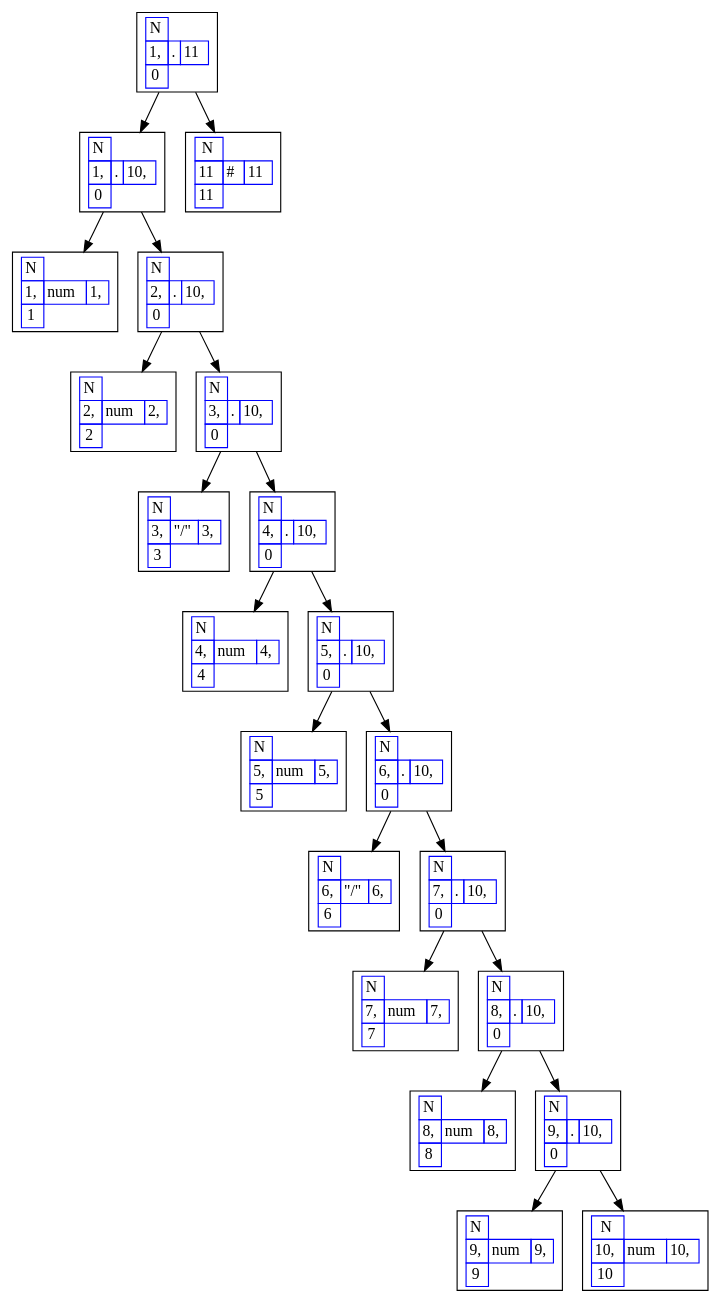
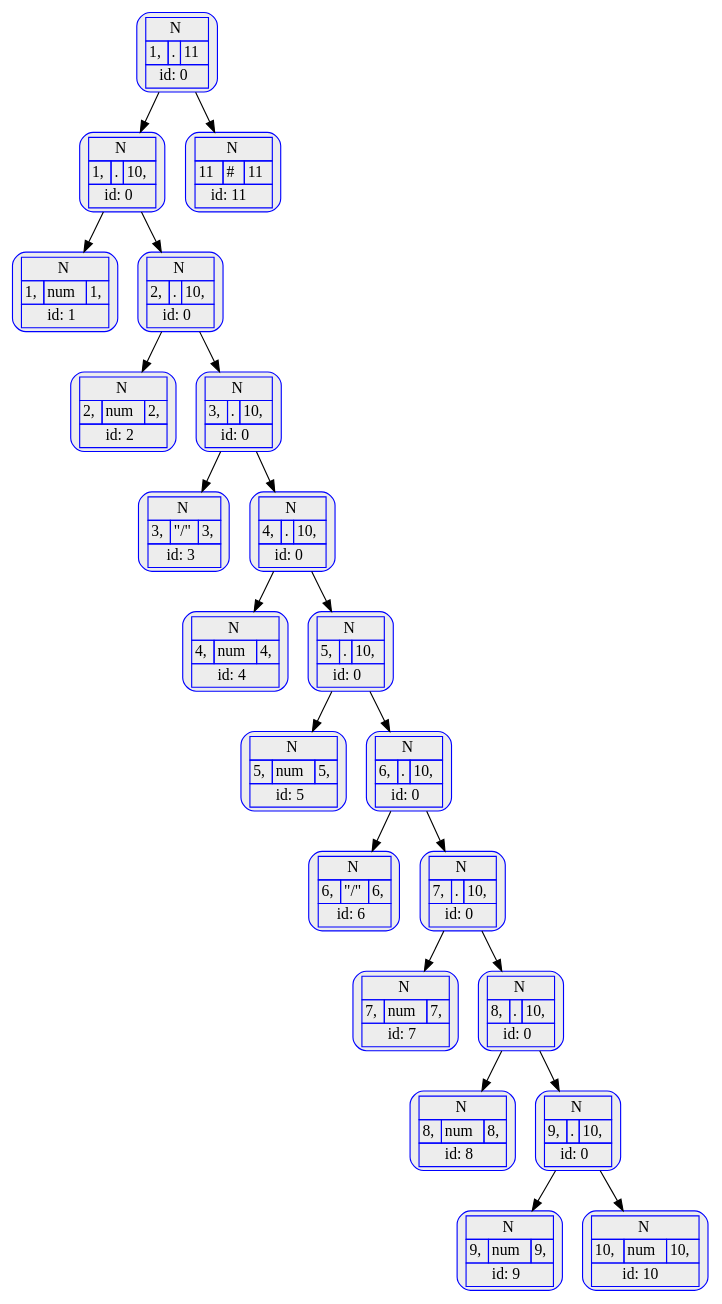
The diagram in src/ARBOLES_201902502/fecha.dot (Desconocido502/OLC1-proyecto1-201902502), drawn with Graphviz before and after one commit. The commit also changed 48 other files, not shown here.

```diff
--- a/src/ARBOLES_201902502/fecha.dot
+++ b/src/ARBOLES_201902502/fecha.dot
@@ -1,173 +1,173 @@
 digraph G{
 rankdir=UD
-node[shape=box]
+node[shape=box, color=black, style=filled, fillcolor=gray93record, color=blue ,style="rounded,filled", fillcolor=gray93];
 concentrate=true
 nodo36 [ label =< 
 <table border='0' cellborder='1' color='blue' cellspacing='0'>
-<tr><td>N</td></tr>
+<tr><td colspan="3">N</td></tr>
 <tr><td>1,</td><td>.</td><td>11</td></tr>
-<tr><td>0</td></tr> 
+<tr><td colspan="3">id: 0</td></tr> 
 </table>
 >];
 nodo34 [ label =< 
 <table border='0' cellborder='1' color='blue' cellspacing='0'>
-<tr><td>N</td></tr>
+<tr><td colspan="3">N</td></tr>
 <tr><td>1,</td><td>.</td><td>10,</td></tr>
-<tr><td>0</td></tr> 
+<tr><td colspan="3">id: 0</td></tr> 
 </table>
 >];
 nodo16 [ label =< 
 <table border='0' cellborder='1' color='blue' cellspacing='0'>
-<tr><td>N</td></tr>
+<tr><td colspan="3">N</td></tr>
 <tr><td>1,</td><td>num</td><td>1,</td></tr>
-<tr><td>1</td></tr> 
+<tr><td colspan="3">id: 1</td></tr> 
 </table>
 >];
 nodo34->nodo16
 nodo33 [ label =< 
 <table border='0' cellborder='1' color='blue' cellspacing='0'>
-<tr><td>N</td></tr>
+<tr><td colspan="3">N</td></tr>
 <tr><td>2,</td><td>.</td><td>10,</td></tr>
-<tr><td>0</td></tr> 
+<tr><td colspan="3">id: 0</td></tr> 
 </table>
 >];
 nodo17 [ label =< 
 <table border='0' cellborder='1' color='blue' cellspacing='0'>
-<tr><td>N</td></tr>
+<tr><td colspan="3">N</td></tr>
 <tr><td>2,</td><td>num</td><td>2,</td></tr>
-<tr><td>2</td></tr> 
+<tr><td colspan="3">id: 2</td></tr> 
 </table>
 >];
 nodo33->nodo17
 nodo32 [ label =< 
 <table border='0' cellborder='1' color='blue' cellspacing='0'>
-<tr><td>N</td></tr>
+<tr><td colspan="3">N</td></tr>
 <tr><td>3,</td><td>.</td><td>10,</td></tr>
-<tr><td>0</td></tr> 
+<tr><td colspan="3">id: 0</td></tr> 
 </table>
 >];
 nodo18 [ label =< 
 <table border='0' cellborder='1' color='blue' cellspacing='0'>
-<tr><td>N</td></tr>
+<tr><td colspan="3">N</td></tr>
 <tr><td>3,</td><td>"/"</td><td>3,</td></tr>
-<tr><td>3</td></tr> 
+<tr><td colspan="3">id: 3</td></tr> 
 </table>
 >];
 nodo32->nodo18
 nodo31 [ label =< 
 <table border='0' cellborder='1' color='blue' cellspacing='0'>
-<tr><td>N</td></tr>
+<tr><td colspan="3">N</td></tr>
 <tr><td>4,</td><td>.</td><td>10,</td></tr>
-<tr><td>0</td></tr> 
+<tr><td colspan="3">id: 0</td></tr> 
 </table>
 >];
 nodo19 [ label =< 
 <table border='0' cellborder='1' color='blue' cellspacing='0'>
-<tr><td>N</td></tr>
+<tr><td colspan="3">N</td></tr>
 <tr><td>4,</td><td>num</td><td>4,</td></tr>
-<tr><td>4</td></tr> 
+<tr><td colspan="3">id: 4</td></tr> 
 </table>
 >];
 nodo31->nodo19
 nodo30 [ label =< 
 <table border='0' cellborder='1' color='blue' cellspacing='0'>
-<tr><td>N</td></tr>
+<tr><td colspan="3">N</td></tr>
 <tr><td>5,</td><td>.</td><td>10,</td></tr>
-<tr><td>0</td></tr> 
+<tr><td colspan="3">id: 0</td></tr> 
 </table>
 >];
 nodo20 [ label =< 
 <table border='0' cellborder='1' color='blue' cellspacing='0'>
-<tr><td>N</td></tr>
+<tr><td colspan="3">N</td></tr>
 <tr><td>5,</td><td>num</td><td>5,</td></tr>
-<tr><td>5</td></tr> 
+<tr><td colspan="3">id: 5</td></tr> 
 </table>
 >];
 nodo30->nodo20
 nodo29 [ label =< 
 <table border='0' cellborder='1' color='blue' cellspacing='0'>
-<tr><td>N</td></tr>
+<tr><td colspan="3">N</td></tr>
 <tr><td>6,</td><td>.</td><td>10,</td></tr>
-<tr><td>0</td></tr> 
+<tr><td colspan="3">id: 0</td></tr> 
 </table>
 >];
 nodo21 [ label =< 
 <table border='0' cellborder='1' color='blue' cellspacing='0'>
-<tr><td>N</td></tr>
+<tr><td colspan="3">N</td></tr>
 <tr><td>6,</td><td>"/"</td><td>6,</td></tr>
-<tr><td>6</td></tr> 
+<tr><td colspan="3">id: 6</td></tr> 
 </table>
 >];
 nodo29->nodo21
 nodo28 [ label =< 
 <table border='0' cellborder='1' color='blue' cellspacing='0'>
-<tr><td>N</td></tr>
+<tr><td colspan="3">N</td></tr>
 <tr><td>7,</td><td>.</td><td>10,</td></tr>
-<tr><td>0</td></tr> 
+<tr><td colspan="3">id: 0</td></tr> 
 </table>
 >];
 nodo22 [ label =< 
 <table border='0' cellborder='1' color='blue' cellspacing='0'>
-<tr><td>N</td></tr>
+<tr><td colspan="3">N</td></tr>
 <tr><td>7,</td><td>num</td><td>7,</td></tr>
-<tr><td>7</td></tr> 
+<tr><td colspan="3">id: 7</td></tr> 
 </table>
 >];
 nodo28->nodo22
 nodo27 [ label =< 
 <table border='0' cellborder='1' color='blue' cellspacing='0'>
-<tr><td>N</td></tr>
+<tr><td colspan="3">N</td></tr>
 <tr><td>8,</td><td>.</td><td>10,</td></tr>
-<tr><td>0</td></tr> 
+<tr><td colspan="3">id: 0</td></tr> 
 </table>
 >];
 nodo23 [ label =< 
 <table border='0' cellborder='1' color='blue' cellspacing='0'>
-<tr><td>N</td></tr>
+<tr><td colspan="3">N</td></tr>
 <tr><td>8,</td><td>num</td><td>8,</td></tr>
-<tr><td>8</td></tr> 
+<tr><td colspan="3">id: 8</td></tr> 
 </table>
 >];
 nodo27->nodo23
 nodo26 [ label =< 
 <table border='0' cellborder='1' color='blue' cellspacing='0'>
-<tr><td>N</td></tr>
+<tr><td colspan="3">N</td></tr>
 <tr><td>9,</td><td>.</td><td>10,</td></tr>
-<tr><td>0</td></tr> 
+<tr><td colspan="3">id: 0</td></tr> 
 </table>
 >];
 nodo24 [ label =< 
 <table border='0' cellborder='1' color='blue' cellspacing='0'>
-<tr><td>N</td></tr>
+<tr><td colspan="3">N</td></tr>
 <tr><td>9,</td><td>num</td><td>9,</td></tr>
-<tr><td>9</td></tr> 
+<tr><td colspan="3">id: 9</td></tr> 
 </table>
 >];
 nodo26->nodo24
 nodo25 [ label =< 
 <table border='0' cellborder='1' color='blue' cellspacing='0'>
-<tr><td>N</td></tr>
+<tr><td colspan="3">N</td></tr>
 <tr><td>10,</td><td>num</td><td>10,</td></tr>
-<tr><td>10</td></tr> 
+<tr><td colspan="3">id: 10</td></tr> 
 </table>
 >];
 nodo26->nodo25
 nodo27->nodo26
 nodo28->nodo27
 nodo29->nodo28
 nodo30->nodo29
 nodo31->nodo30
 nodo32->nodo31
 nodo33->nodo32
 nodo34->nodo33
 nodo36->nodo34
 nodo35 [ label =< 
 <table border='0' cellborder='1' color='blue' cellspacing='0'>
-<tr><td>N</td></tr>
+<tr><td colspan="3">N</td></tr>
 <tr><td>11</td><td>#</td><td>11</td></tr>
-<tr><td>11</td></tr> 
+<tr><td colspan="3">id: 11</td></tr> 
 </table>
 >];
 nodo36->nodo35
 
 }
```
